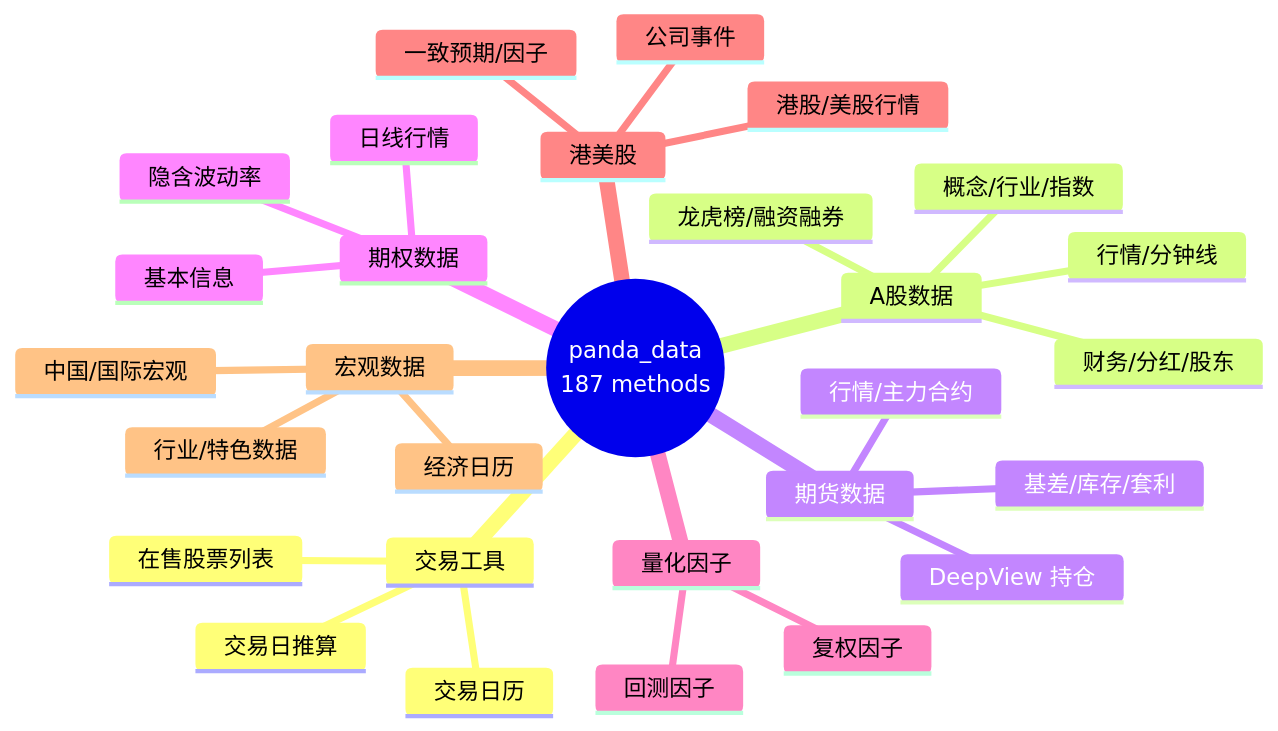
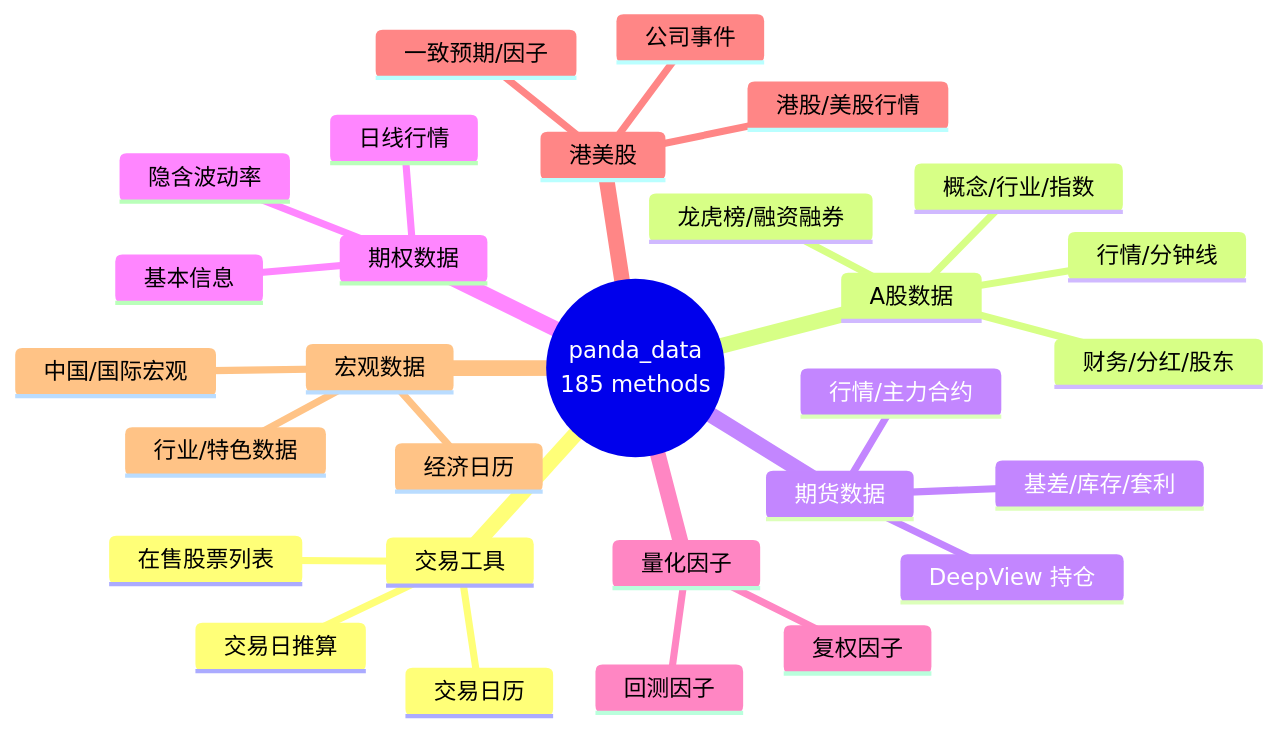
The first of 2 diagrams in README.md (quantskills/skill-pandadata-api), drawn with Mermaid before and after one commit. The commit also changed other lines of this file and 5 other files, not shown here.

````diff
--- a/README.md
+++ b/README.md
@@ -32,32 +32,32 @@
 ```mermaid
 mindmap
-  root((panda_data<br/>187 methods))
+  root((panda_data<br/>185 methods))
     交易工具
       交易日历
       交易日推算
       在售股票列表
     A股数据
       行情/分钟线
       概念/行业/指数
       龙虎榜/融资融券
       财务/分红/股东
     期货数据
       行情/主力合约
       DeepView 持仓
       基差/库存/套利
     期权数据
       基本信息
       日线行情
       隐含波动率
     量化因子
       回测因子
       复权因子
     港美股
       港股/美股行情
       公司事件
       一致预期/因子
     宏观数据
       中国/国际宏观
       行业/特色数据
       经济日历
 ```
````
